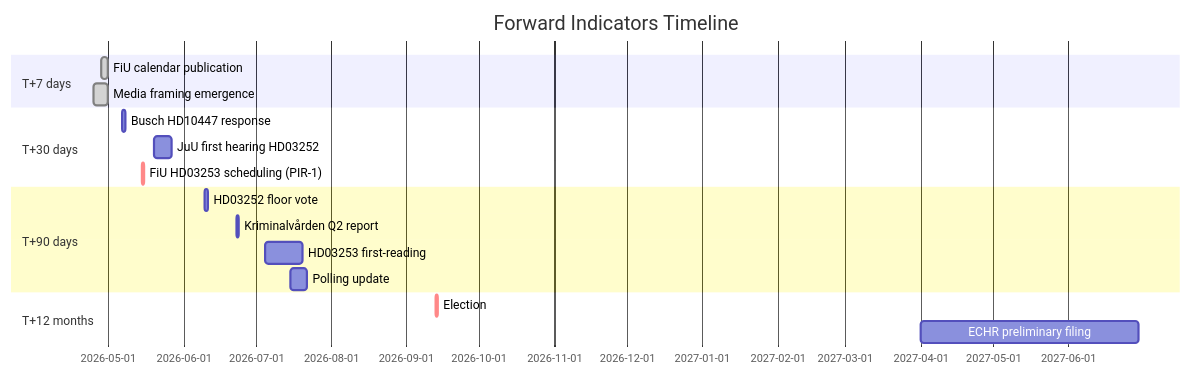
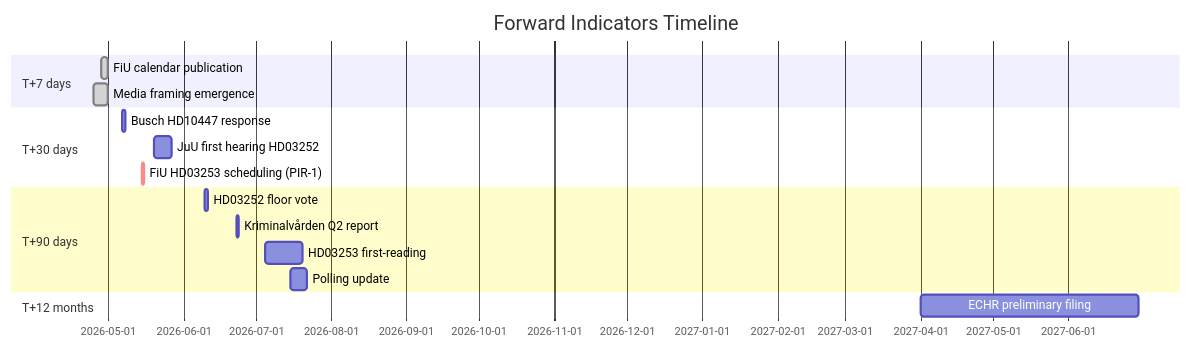
The fourth of 8 diagrams in analysis/daily/2026-04-24/evening-analysis/article.md (Hack23/riksdagsmonitor), drawn with Mermaid before and after one commit. The commit also changed other lines of this file and 42 other files, not shown here.

````diff
--- a/analysis/daily/2026-04-24/evening-analysis/article.md
+++ b/analysis/daily/2026-04-24/evening-analysis/article.md
@@ -648,20 +636,20 @@
 ```mermaid
 gantt
   dateFormat YYYY-MM-DD
   title Forward Indicators Timeline
   section T+7 days
   FiU calendar publication :done, f1, 2026-04-28, 3d
   Media framing emergence  :done, f2, 2026-04-25, 6d
   section T+30 days
   Busch HD10447 response   :f4, 2026-05-07, 1d
   JuU first hearing HD03252 :f5, 2026-05-20, 7d
   FiU HD03253 scheduling (PIR-1) :crit, f8, 2026-05-15, 1d
   section T+90 days
   HD03252 floor vote       :f9, 2026-06-10, 1d
   Kriminalvården Q2 report :f10, 2026-06-23, 1d
   HD03253 first-reading    :f12, 2026-07-05, 15d
   Polling update           :f11, 2026-07-15, 7d
   section T+12 months
-  Election                 :crit, f15, 2026-09-13, 1d
+
   ECHR preliminary filing  :f17, 2027-04-01, 90d
 ```
````
